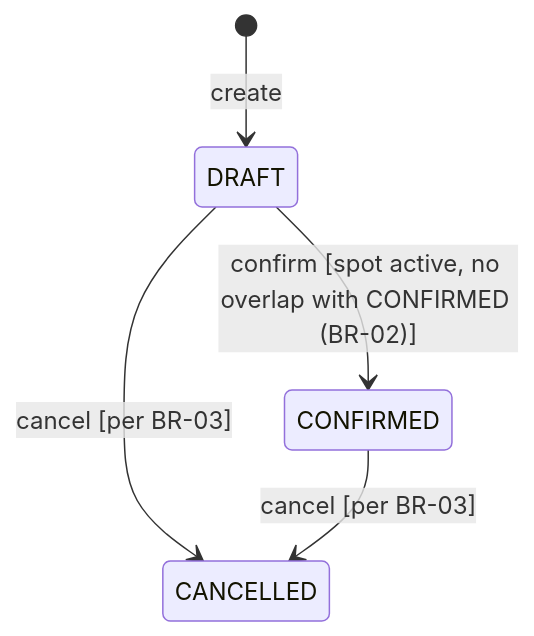
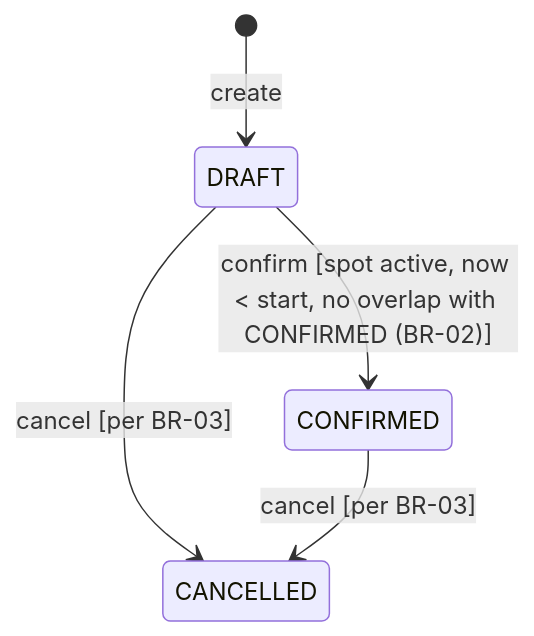
One commit to Kenimos/SWI_Project_2026 changed the second of 3 diagrams in docs/specification.md. Above: the diagram before and after it, drawn with Mermaid. The commit also changed other lines of this file, not shown here.

Commit message:
spec: add now < start guard to confirm transition in state diagram

````diff
--- a/docs/specification.md
+++ b/docs/specification.md
@@ -308,7 +308,7 @@
 ```mermaid
 stateDiagram-v2
     [*] --> DRAFT: create
-    DRAFT --> CONFIRMED: confirm [spot active, no overlap with CONFIRMED (BR-02)]
+    DRAFT --> CONFIRMED: confirm [spot active, now < start, no overlap with CONFIRMED (BR-02)]
     DRAFT --> CANCELLED: cancel [per BR-03]
     CONFIRMED --> CANCELLED: cancel [per BR-03]
 ```
````
